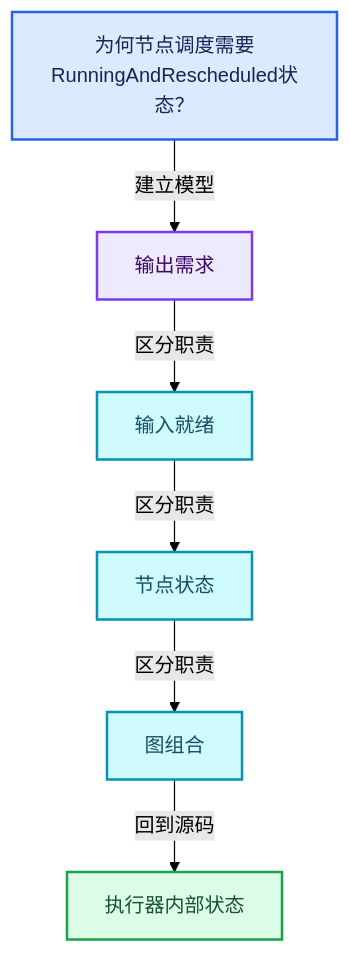
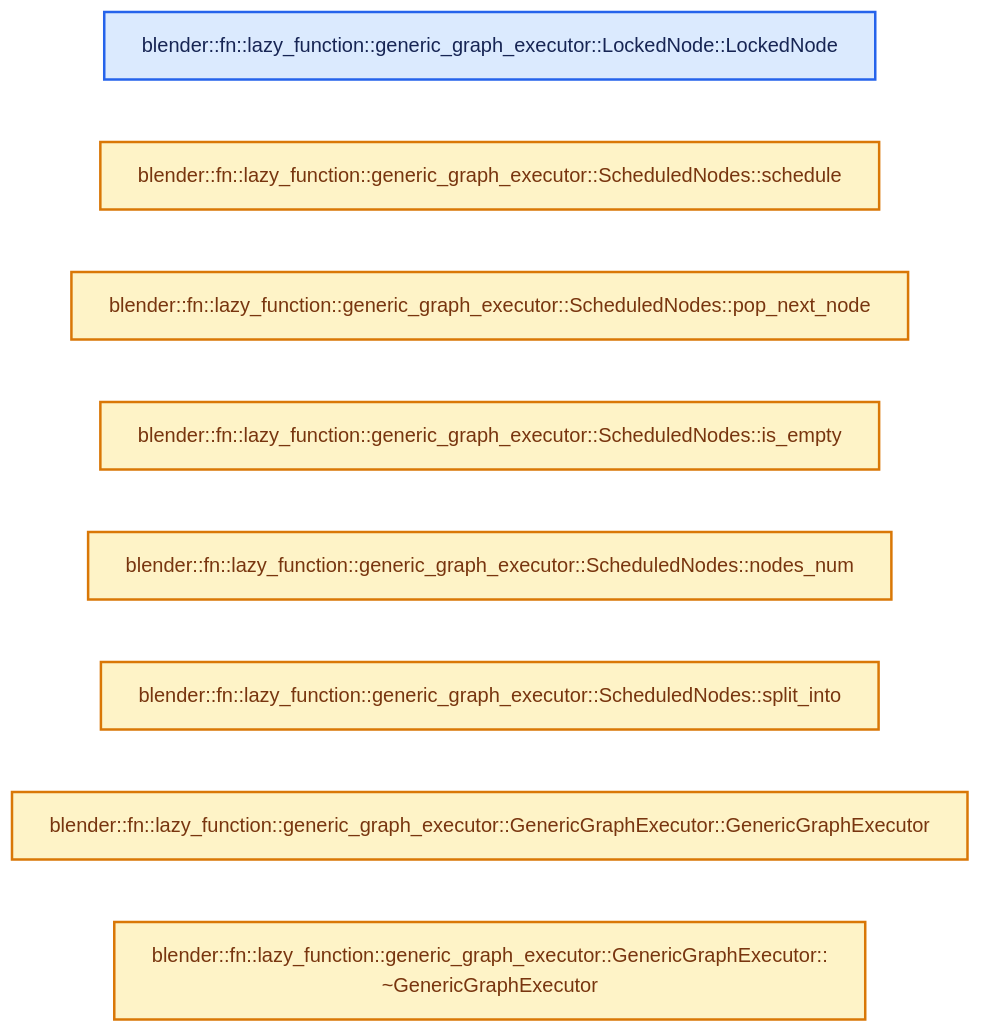
The second of 4 diagrams in 杂/markdown/全面学习-codex/09-LazyFunction与节点执行架构/07-执行器内部状态.md (yunkezengren/blender-.vscode), drawn with Mermaid (forest theme) before and after one commit. The commit also changed other lines of this file and 1930 other files, not shown here.

````diff
--- a/杂/markdown/全面学习-codex/09-LazyFunction与节点执行架构/07-执行器内部状态.md
+++ b/杂/markdown/全面学习-codex/09-LazyFunction与节点执行架构/07-执行器内部状态.md
@@ -60,20 +46,17 @@
 ```mermaid
-flowchart TB
-  Q["为何节点调度需要RunningAndRescheduled状<br/>态？"]:::input
-  C0["输出需求"]:::abstraction
-  C1["输入就绪"]:::data
-  C2["节点状态"]:::data
-  C3["图组合"]:::data
-  R["执行器内部状态"]:::result
-  Q -->|"建立模型"| C0
-  C0 -->|"区分职责"| C1
-  C1 -->|"区分职责"| C2
-  C2 -->|"区分职责"| C3
-  C3 -->|"回到源码"| R
+flowchart LR
+  F0["blender::fn::lazy_function::generic_graph_executor::LockedNode::LockedNode"]:::input
+  F1["blender::fn::lazy_function::generic_graph_executor::ScheduledNodes::schedule"]:::compute
+  F2["blender::fn::lazy_function::generic_graph_executor::ScheduledNodes::pop_next_node"]:::compute
+  F3["blender::fn::lazy_function::generic_graph_executor::ScheduledNodes::is_empty"]:::compute
+  F4["blender::fn::lazy_function::generic_graph_executor::ScheduledNodes::nodes_num"]:::compute
+  F5["blender::fn::lazy_function::generic_graph_executor::ScheduledNodes::split_into"]:::compute
+  F6["blender::fn::lazy_function::generic_graph_executor::GenericGraphExecutor::GenericGraphExecutor"]:::compute
+  F7["blender::fn::lazy_function::generic_graph_executor::GenericGraphExecutor::<br/>~GenericGraphExecutor"]:::compute
   classDef input fill:#DBEAFE,stroke:#2563EB,color:#172554,stroke-width:2px;
   classDef data fill:#CFFAFE,stroke:#0891B2,color:#164E63,stroke-width:2px;
   classDef abstraction fill:#EDE9FE,stroke:#7C3AED,color:#3B0764,stroke-width:2px;
   classDef compute fill:#FEF3C7,stroke:#D97706,color:#78350F,stroke-width:2px;
   classDef result fill:#DCFCE7,stroke:#16A34A,color:#14532D,stroke-width:2px;
   classDef error fill:#FEE2E2,stroke:#DC2626,color:#7F1D1D,stroke-width:2px;
 ```
````
